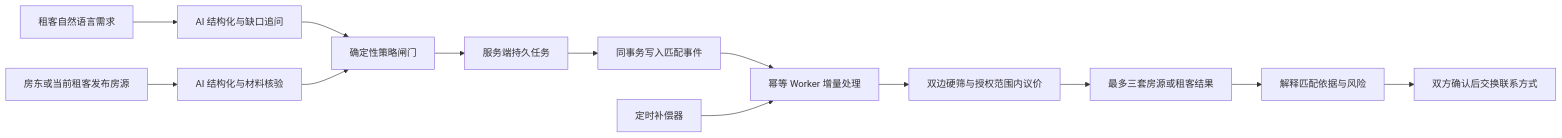
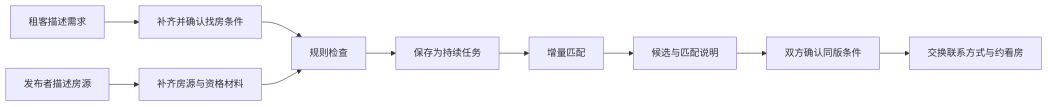
Before and after one commit to tank798/AI-native-rental-platform: the first of 2 diagrams in README.md, drawn with Mermaid. The commit also changed other lines of this file and 12 other files, not shown here.

````diff
--- a/README.md
+++ b/README.md
@@ -42,15 +21,12 @@
 ```mermaid
 flowchart LR
-    A[租客自然语言需求] --> B[AI 结构化与缺口追问]
-    C[房东或当前租客发布房源] --> D[AI 结构化与材料核验]
-    B --> E[确定性策略闸门]
+    A[租客描述需求] --> B[补齐并确认找房条件]
+    C[发布者描述房源] --> D[补齐房源与资格材料]
+    B --> E[规则检查]
     D --> E
-    E --> F[服务端持久任务]
-    F --> G[同事务写入匹配事件]
-    G --> L[幂等 Worker 增量处理]
-    M[定时补偿器] --> L
-    L --> H[双边硬筛与授权范围内议价]
-    H --> I[最多三套房源或租客结果]
-    I --> J[解释匹配依据与风险]
-    J --> K[双方确认后交换联系方式]
+    E --> F[保存为持续任务]
+    F --> G[增量匹配]
+    G --> H[候选与匹配说明]
+    H --> I[双方确认同版条件]
+    I --> J[交换联系方式与约看房]
 ```
````
